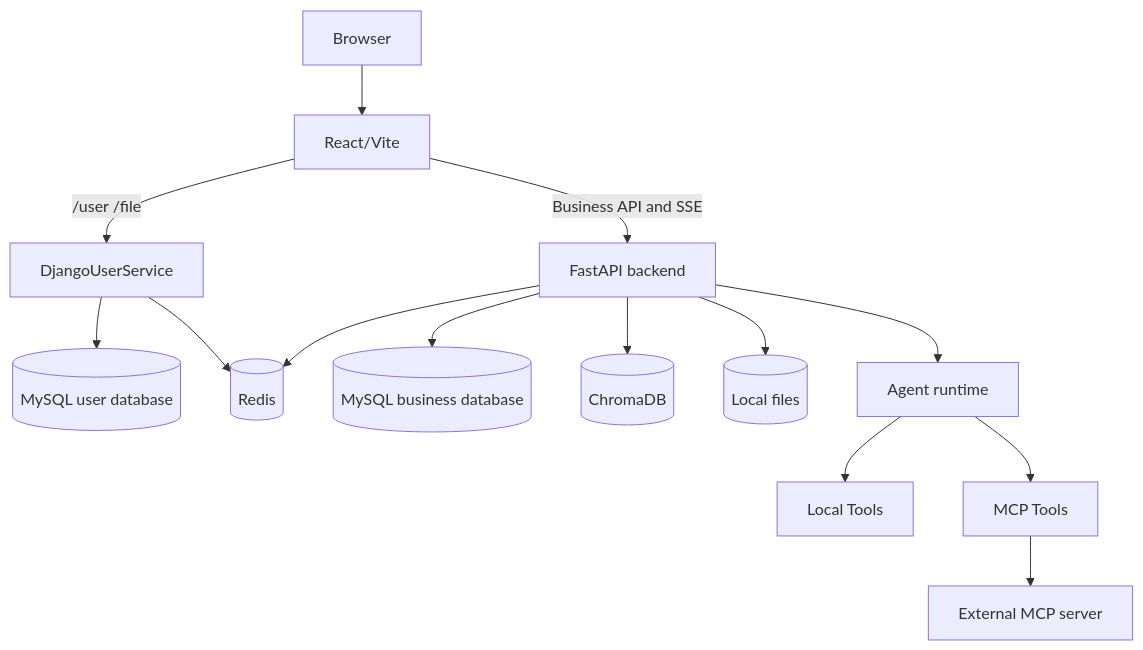
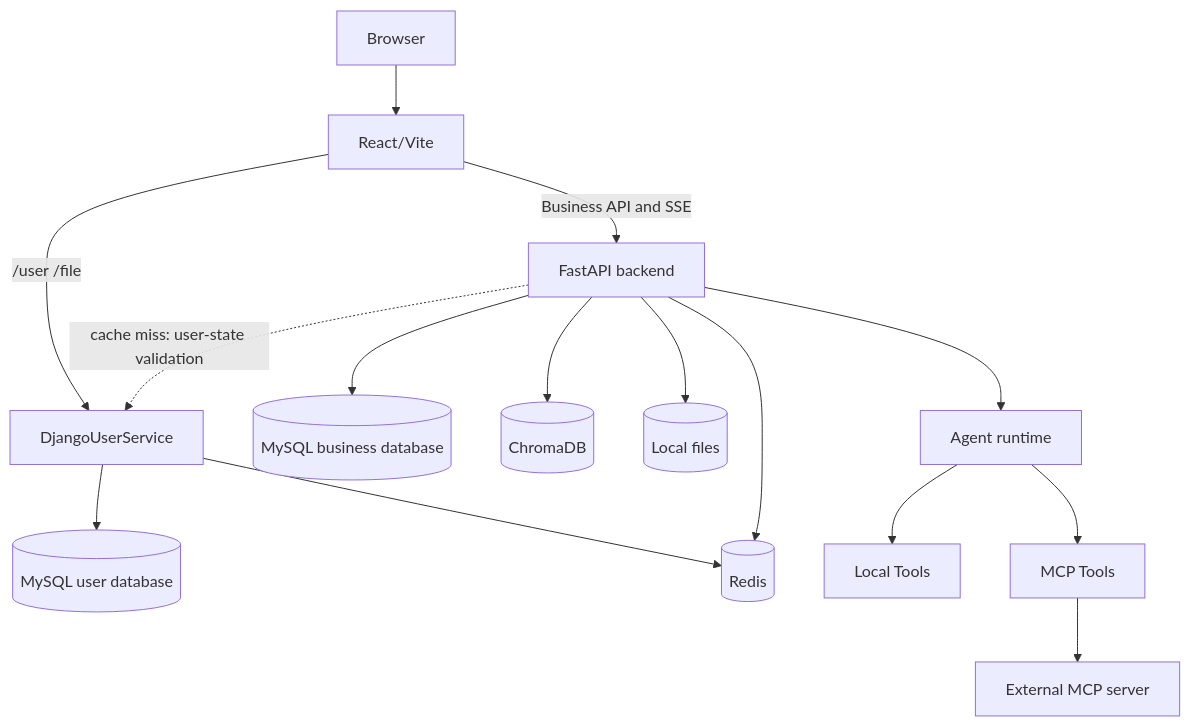
The diagram in docs/project_develop.md (STliuEN/Doki-Assistant), drawn with Mermaid before and after one commit. The commit also changed other lines of this file and 21 other files, not shown here.

````diff
--- a/docs/project_develop.md
+++ b/docs/project_develop.md
@@ -9,19 +9,20 @@
 ```mermaid
 flowchart TD
   Browser[Browser] --> Front[React/Vite]
   Front -->|/user /file| Django[DjangoUserService]
   Front -->|Business API and SSE| API[FastAPI backend]
 
   Django --> UserDB[(MySQL user database)]
   Django --> Redis[(Redis)]
 
   API --> BusinessDB[(MySQL business database)]
   API --> Redis
+  API -. cache miss: user-state validation .-> Django
   API --> Chroma[(ChromaDB)]
   API --> Files[(Local files)]
 
   API --> Runtime[Agent runtime]
   Runtime --> Local[Local Tools]
   Runtime --> MCP[MCP Tools]
   MCP --> External[External MCP server]
 ```
````
